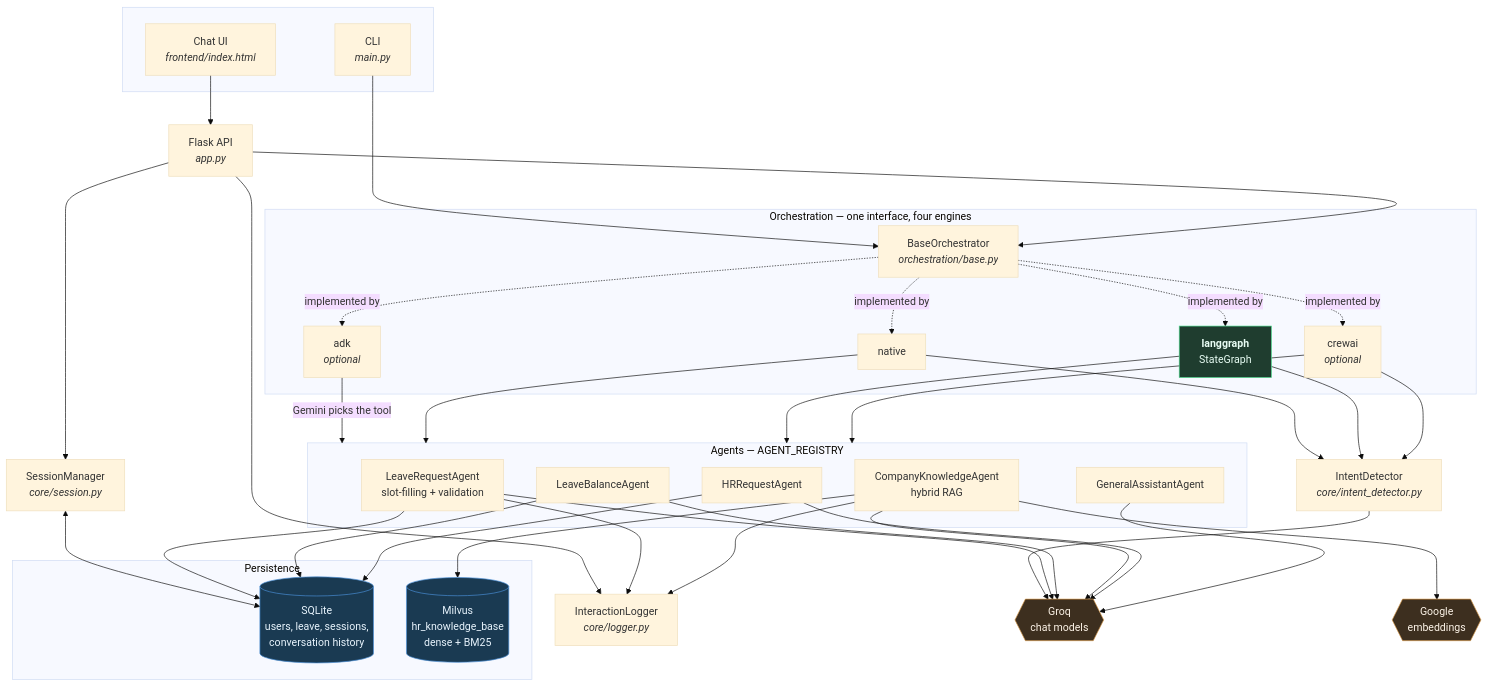
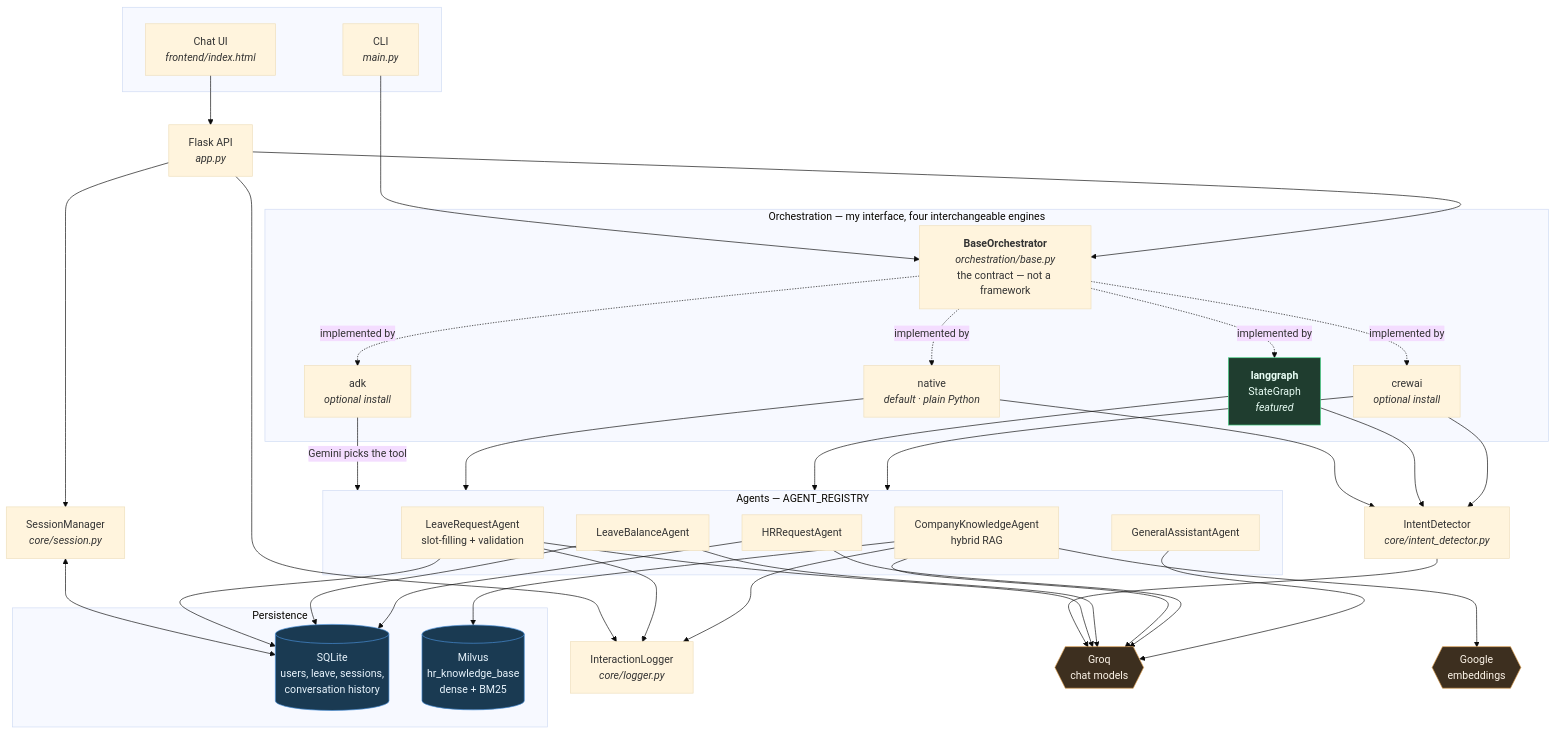
The first of 6 diagrams in README.md (mallahim01/hr_management-multiagent_orchestration), drawn with Mermaid (base theme) before and after one commit. The commit also changed other lines of this file, not shown here.

````diff
--- a/README.md
+++ b/README.md
@@ -177,61 +250,61 @@
 ```mermaid
 flowchart TB
     subgraph clients [" "]
         UI["Chat UI<br><i>frontend/index.html</i>"]
         CLI["CLI<br><i>main.py</i>"]
     end
 
     API["Flask API<br><i>app.py</i>"]
     SM["SessionManager<br><i>core/session.py</i>"]
     LOG["InteractionLogger<br><i>core/logger.py</i>"]
 
-    subgraph orch ["Orchestration — one interface, four engines"]
-        BASE["BaseOrchestrator<br><i>orchestration/base.py</i>"]
-        NAT["native"]
-        LG["<b>langgraph</b><br>StateGraph"]
-        CREW["crewai<br><i>optional</i>"]
-        ADK["adk<br><i>optional</i>"]
+    subgraph orch ["Orchestration — my interface, four interchangeable engines"]
+        BASE["<b>BaseOrchestrator</b><br><i>orchestration/base.py</i><br>the contract — not a framework"]
+        NAT["native<br><i>default · plain Python</i>"]
+        LG["<b>langgraph</b><br>StateGraph<br><i>featured</i>"]
+        CREW["crewai<br><i>optional install</i>"]
+        ADK["adk<br><i>optional install</i>"]
     end
 
     ID["IntentDetector<br><i>core/intent_detector.py</i>"]
 
     subgraph agents ["Agents — AGENT_REGISTRY"]
         A1["LeaveRequestAgent<br>slot-filling + validation"]
         A2["LeaveBalanceAgent"]
         A3["CompanyKnowledgeAgent<br>hybrid RAG"]
         A4["HRRequestAgent"]
         A5["GeneralAssistantAgent"]
     end
 
     subgraph stores ["Persistence"]
         DB[("SQLite<br>users, leave, sessions,<br>conversation history")]
         MV[("Milvus<br>hr_knowledge_base<br>dense + BM25")]
     end
 
     GROQ{{"Groq<br>chat models"}}
     GEM{{"Google<br>embeddings"}}
 
     UI --> API
     CLI --> BASE
     API --> SM
     API --> BASE
     API --> LOG
     SM <--> DB
     BASE -.implemented by.-> NAT & LG & CREW & ADK
     NAT & LG & CREW --> ID
     ADK -->|"Gemini picks the tool"| agents
     ID --> GROQ
     NAT & LG & CREW --> agents
     A1 & A2 & A4 --> DB
     A3 --> MV
     A3 --> GEM
     A1 & A2 & A3 & A4 & A5 --> GROQ
     A1 & A3 --> LOG
 
     classDef store fill:#1a3a52,stroke:#4a90d9,color:#e8f4fd
     classDef ext fill:#3d2f1f,stroke:#d99b4a,color:#fdf4e8
     classDef hero fill:#1f3d2f,stroke:#4ad98b,color:#e8fdf4
     class DB,MV store
     class GROQ,GEM ext
     class LG hero
 ```
````
